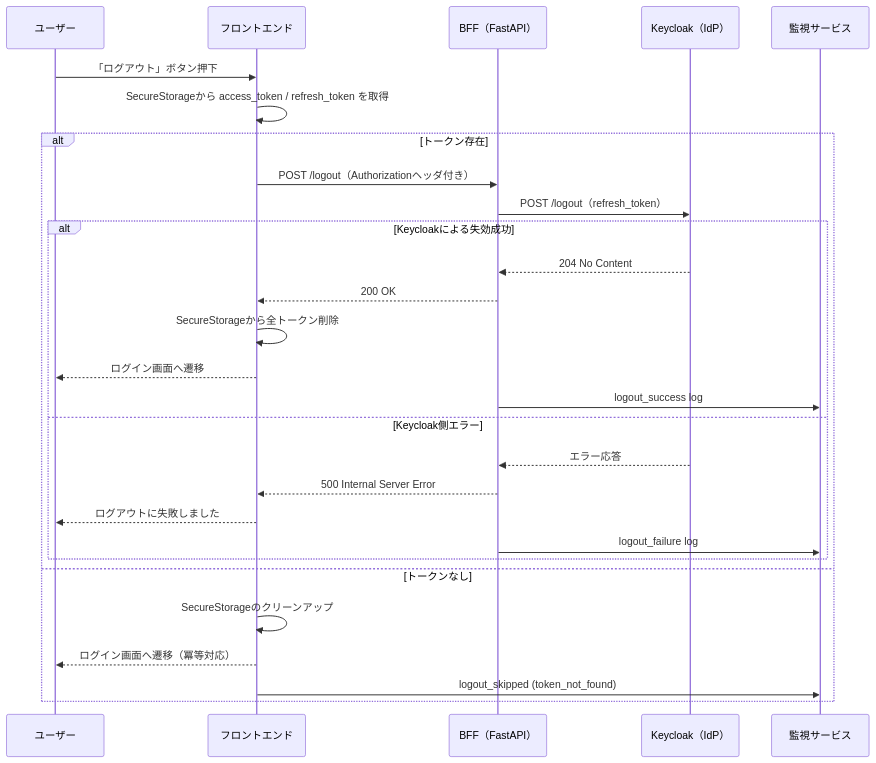
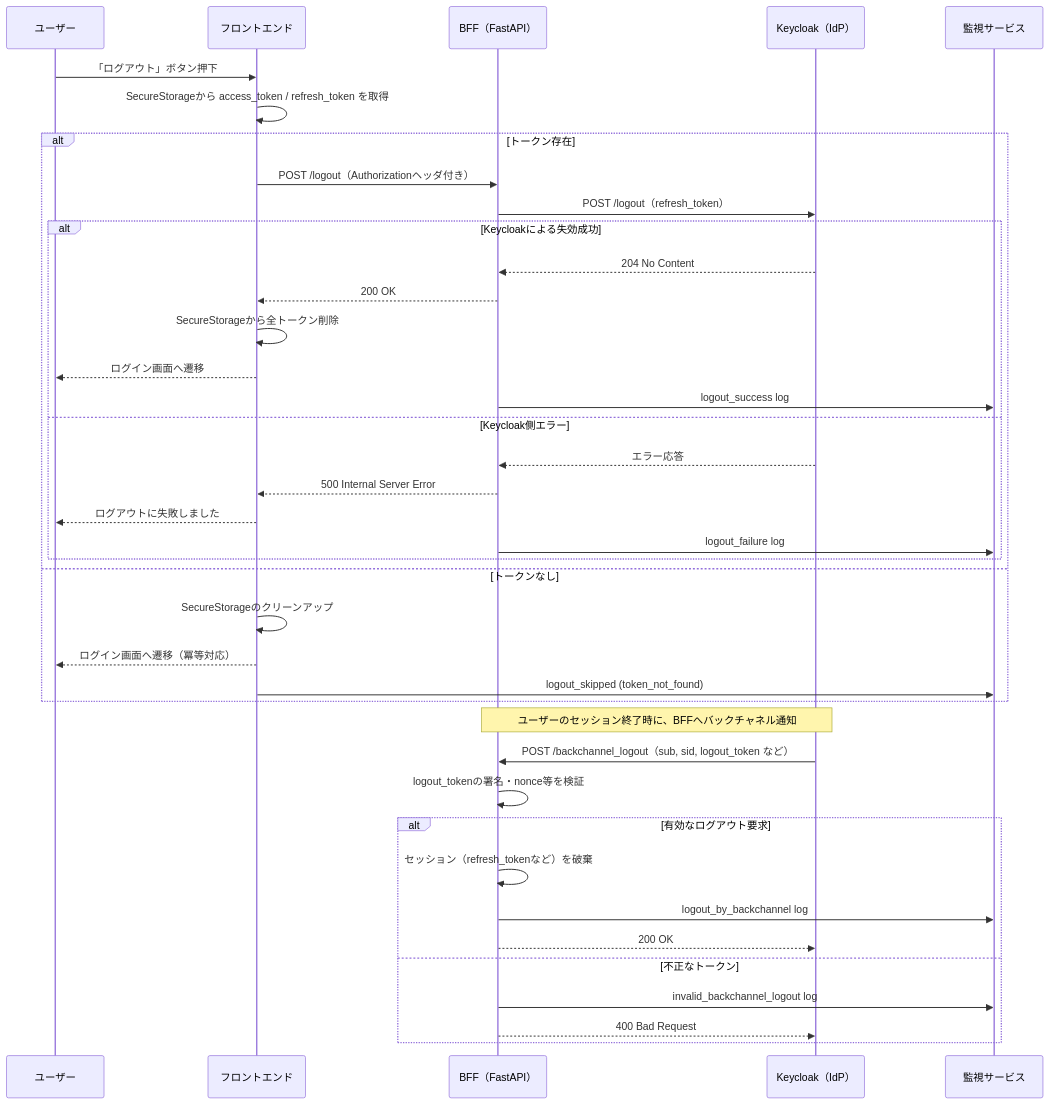
Before and after one commit to Yumapon/microservice_app: the third of 10 diagrams in sequence/README.md, drawn with Mermaid. The commit also changed other lines of this file, not shown here.

Commit message:
fix sequence

````diff
--- a/sequence/README.md
+++ b/sequence/README.md
@@ -201,35 +198,49 @@
 ```mermaid
 sequenceDiagram
     participant User as ユーザー
     participant Frontend as フロントエンド
     participant BFF as BFF（FastAPI）
     participant Keycloak as Keycloak（IdP）
     participant Monitoring as 監視サービス
 
     %% --- ユーザーがログアウト操作を実行 ---
     User->>Frontend: 「ログアウト」ボタン押下
     Frontend->>Frontend: SecureStorageから access_token / refresh_token を取得
 
     alt トークン存在
         Frontend->>BFF: POST /logout（Authorizationヘッダ付き）
         BFF->>Keycloak: POST /logout（refresh_token）
 
         alt Keycloakによる失効成功
             Keycloak-->>BFF: 204 No Content
             BFF-->>Frontend: 200 OK
             Frontend->>Frontend: SecureStorageから全トークン削除
             Frontend-->>User: ログイン画面へ遷移
             BFF->>Monitoring: logout_success log
         else Keycloak側エラー
             Keycloak-->>BFF: エラー応答
             BFF-->>Frontend: 500 Internal Server Error
             Frontend-->>User: ログアウトに失敗しました
             BFF->>Monitoring: logout_failure log
         end
 
     else トークンなし
         Frontend->>Frontend: SecureStorageのクリーンアップ
         Frontend-->>User: ログイン画面へ遷移（冪等対応）
         Frontend->>Monitoring: logout_skipped (token_not_found)
     end
+
+    %% --- KeycloakからのBackchannel Logoutトリガー ---
+    Note over Keycloak,BFF: ユーザーのセッション終了時に、BFFへバックチャネル通知
+    Keycloak->>BFF: POST /backchannel_logout（sub, sid, logout_token など）
+
+    BFF->>BFF: logout_tokenの署名・nonce等を検証
+    alt 有効なログアウト要求
+        BFF->>BFF: セッション（refresh_tokenなど）を破棄
+        BFF->>Monitoring: logout_by_backchannel log
+        BFF-->>Keycloak: 200 OK
+    else 不正なトークン
+        BFF->>Monitoring: invalid_backchannel_logout log
+        BFF-->>Keycloak: 400 Bad Request
+    end
 ```
````
